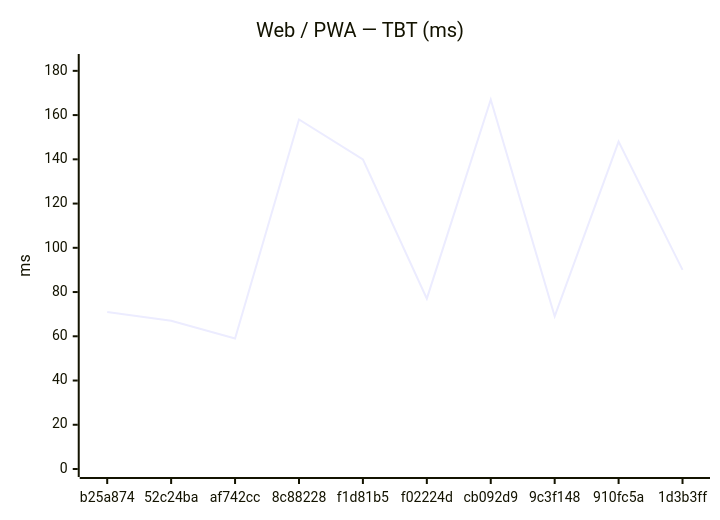
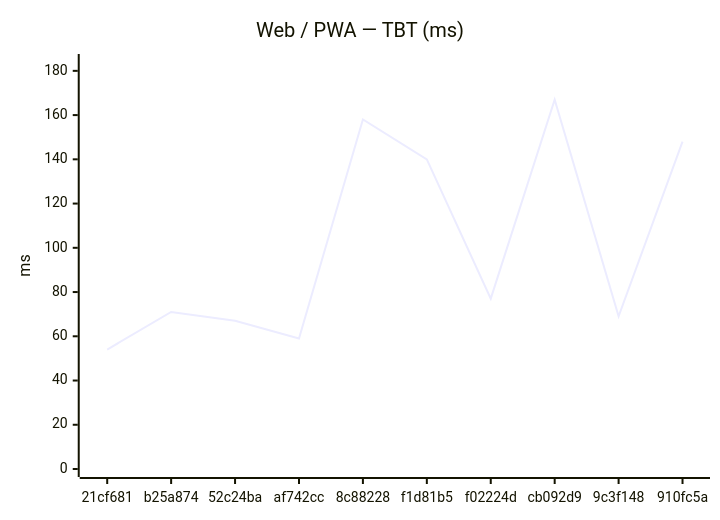
One commit to Metaheurist/Rianell changed the second of 18 diagrams in benchmarks/compare.md. Above: the diagram before and after it, drawn with Mermaid. The commit also changed other lines of this file and 11 other files, not shown here.

````diff
--- a/benchmarks/compare.md
+++ b/benchmarks/compare.md
@@ -31,7 +31,7 @@
 ```mermaid
 xychart-beta
     title "Web / PWA — TBT (ms)"
-    x-axis ["b25a874", "52c24ba", "af742cc", "8c88228", "f1d81b5", "f02224d", "cb092d9", "9c3f148", "910fc5a", "1d3b3ff"]
+    x-axis ["21cf681", "b25a874", "52c24ba", "af742cc", "8c88228", "f1d81b5", "f02224d", "cb092d9", "9c3f148", "910fc5a"]
     y-axis "ms" 0 --> 184
-    line [71, 67, 59, 158, 140, 77, 167, 69, 148, 90]
+    line [54, 71, 67, 59, 158, 140, 77, 167, 69, 148]
 ```
````
